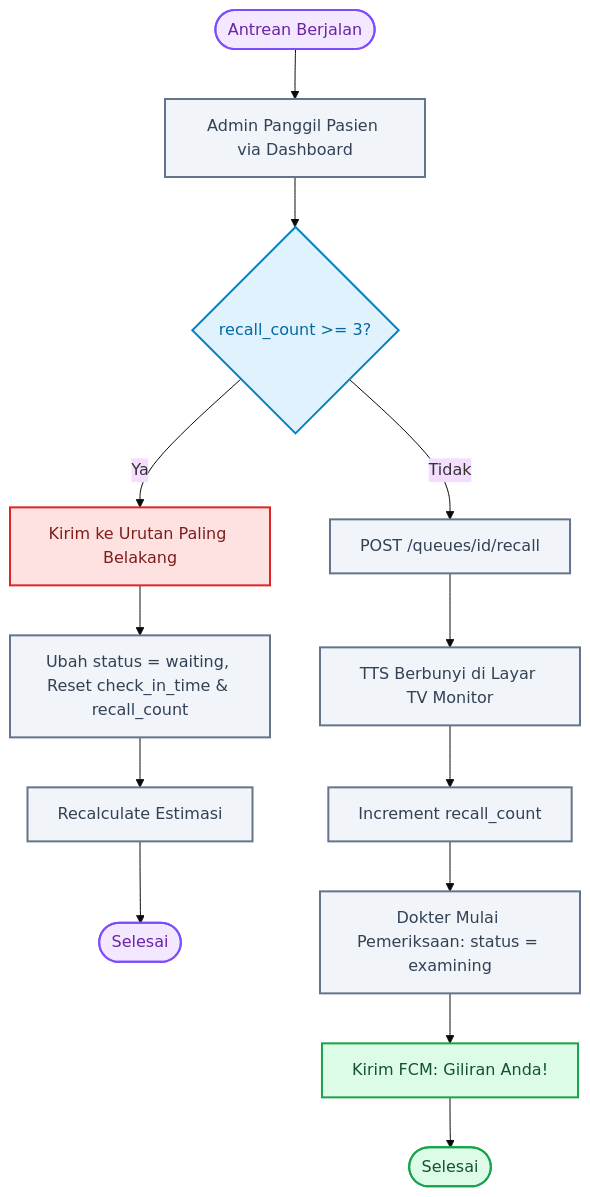
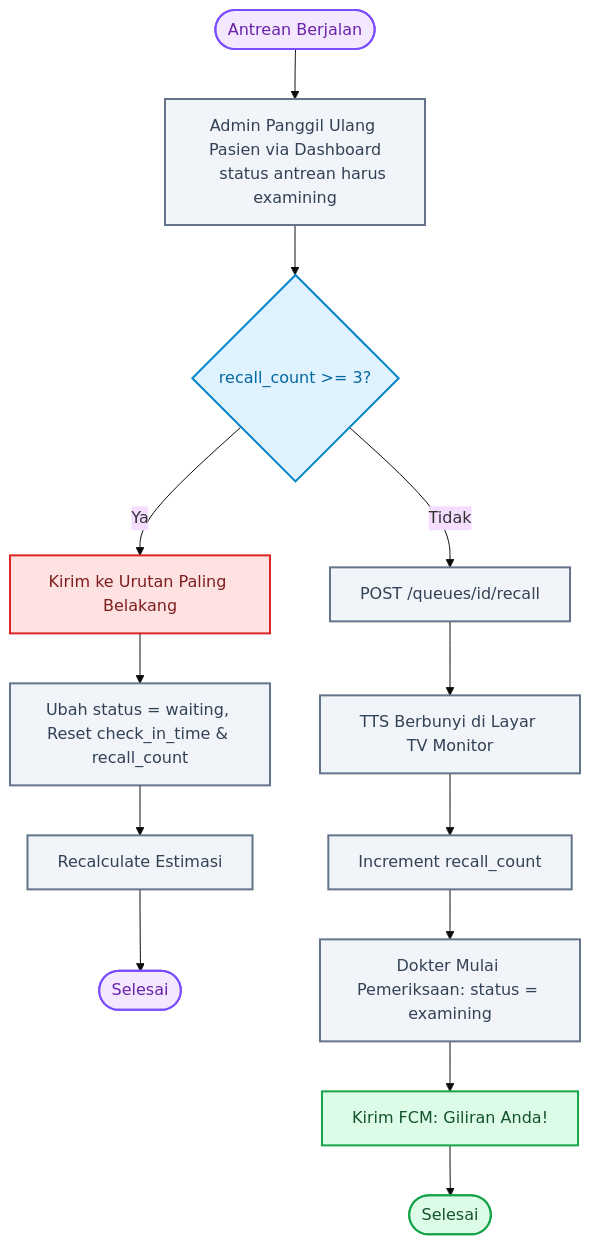
Before and after one commit to Rezi14/NalaSeva-Mobile-Test: the sixth of 10 diagrams in dokumentasi/ALUR_BISNIS.md, drawn with Mermaid (base theme). The commit also changed 2 other files, not shown here.

Commit message:
NALASEVA MOBILE TEST

````diff
--- a/dokumentasi/ALUR_BISNIS.md
+++ b/dokumentasi/ALUR_BISNIS.md
@@ -205,21 +205,21 @@
 ```mermaid
 flowchart TD
     classDef startEnd fill:#f3e8ff,stroke:#7c4dff,stroke-width:2px,color:#6b21a8;
     classDef decision fill:#e0f2fe,stroke:#0284c7,stroke-width:2px,color:#0369a1;
     classDef process fill:#f1f5f9,stroke:#64748b,stroke-width:2px,color:#334155;
     classDef success fill:#dcfce7,stroke:#16a34a,stroke-width:2px,color:#14532d;
     classDef fail fill:#fee2e2,stroke:#dc2626,stroke-width:2px,color:#7f1d1d;
 
-    Start([Antrean Berjalan]):::startEnd --> Call[Admin Panggil Pasien via Dashboard]:::process
+    Start([Antrean Berjalan]):::startEnd --> Call[Admin Panggil Ulang Pasien via Dashboard\n    status antrean harus examining]:::process
     Call --> CountCheck{"recall_count >= 3?"}:::decision
     
     CountCheck -- Ya --> Skip[Kirim ke Urutan Paling Belakang]:::fail
     Skip --> Reset[Ubah status = waiting, Reset check_in_time & recall_count]:::process --> Recalc[Recalculate Estimasi]:::process --> Finish1([Selesai]):::startEnd
     
     CountCheck -- Tidak --> API[POST /queues/id/recall]:::process
     API --> TTS[TTS Berbunyi di Layar TV Monitor]:::process
     TTS --> Inc[Increment recall_count]:::process
     Inc --> Examining[Dokter Mulai Pemeriksaan: status = examining]:::process
     Examining --> FCM[Kirim FCM: Giliran Anda!]:::success
     FCM --> Finish2([Selesai]):::success
 ```
````
